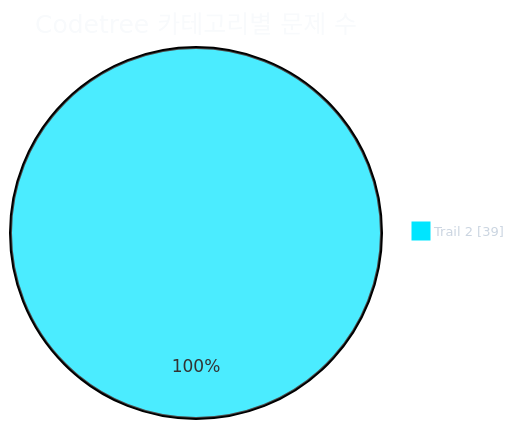
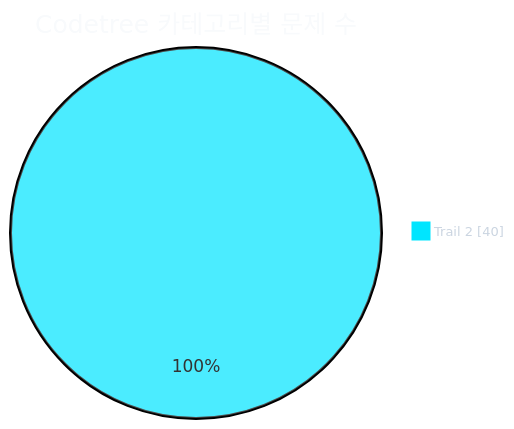
Before and after one commit to CHOOSLA/Algorithm: the first of 2 diagrams in readme.md, drawn with Mermaid. The commit also changed other lines of this file and 2 other files, not shown here.

````diff
--- a/readme.md
+++ b/readme.md
@@ -31,21 +31,21 @@
 ```mermaid
 ---
 config:
   theme: base
   themeVariables:
     background: '#0d1117'
     pieTitleTextColor: '#f8fafc'
     pieLegendTextColor: '#cbd5e1'
     pieLegendTextSize: '13px'
     pie1: '#00e5ff'
     pie2: '#22c55e'
     pie3: '#f59e0b'
     pie4: '#a855f7'
     pie5: '#ec4899'
     pie6: '#3b82f6'
     pie7: '#64748b'
 ---
 pie showData
   title Codetree 카테고리별 문제 수
-  "Trail 2" : 39
+  "Trail 2" : 40
 ```
````
